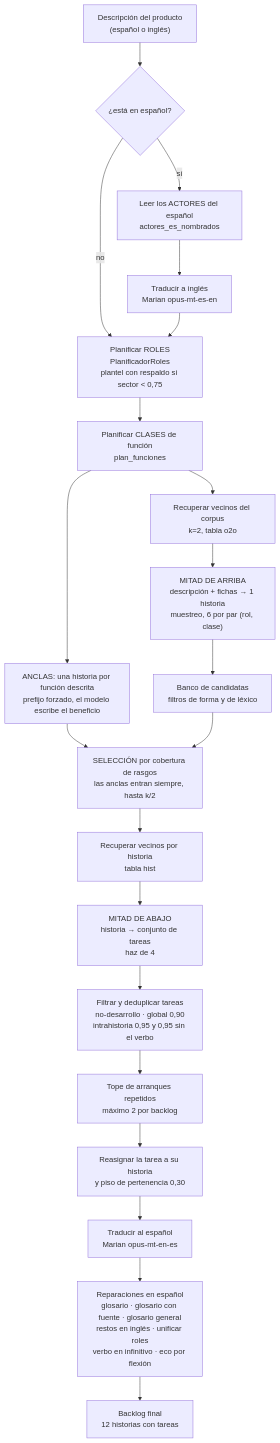
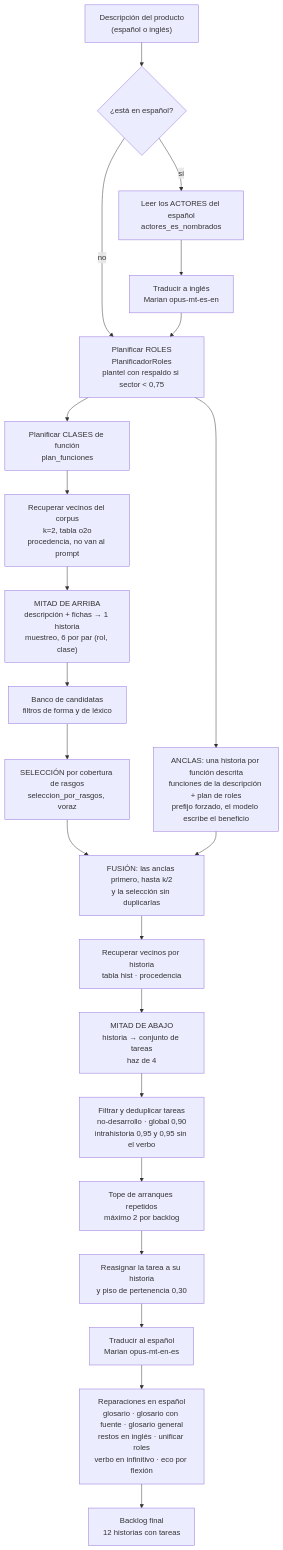
One commit to DTomasVr/Estimacion-progresiva-backlog changed the third of 15 diagrams in estimador/DISENO_PIPELINE.md. Above: the diagram before and after it, drawn with Mermaid. The commit also changed other lines of this file and 10 other files, not shown here.

````diff
--- a/estimador/DISENO_PIPELINE.md
+++ b/estimador/DISENO_PIPELINE.md
@@ -387,23 +390,24 @@
 ```mermaid
 flowchart TD
     A["Descripción del producto<br/>(español o inglés)"] --> B{"¿está en español?"}
     B -->|sí| B1["Leer los ACTORES del español<br/>actores_es_nombrados"]
     B1 --> B2["Traducir a inglés<br/>Marian opus-mt-es-en"]
     B -->|no| C
     B2 --> C["Planificar ROLES<br/>PlanificadorRoles<br/>plantel con respaldo si sector &lt; 0,75"]
     C --> D["Planificar CLASES de función<br/>plan_funciones"]
-    D --> E["Recuperar vecinos del corpus<br/>k=2, tabla o2o"]
+    D --> E["Recuperar vecinos del corpus<br/>k=2, tabla o2o<br/>procedencia, no van al prompt"]
     E --> F["MITAD DE ARRIBA<br/>descripción + fichas → 1 historia<br/>muestreo, 6 por par (rol, clase)"]
     F --> G["Banco de candidatas<br/>filtros de forma y de léxico"]
-    D --> AN["ANCLAS: una historia por función descrita<br/>prefijo forzado, el modelo escribe el beneficio"]
-    AN --> H
-    G --> H["SELECCIÓN por cobertura de rasgos<br/>las anclas entran siempre, hasta k/2"]
-    H --> I["Recuperar vecinos por historia<br/>tabla hist"]
+    C --> AN["ANCLAS: una historia por función descrita<br/>funciones de la descripción + plan de roles<br/>prefijo forzado, el modelo escribe el beneficio"]
+    G --> H["SELECCIÓN por cobertura de rasgos<br/>seleccion_por_rasgos, voraz"]
+    H --> FU["FUSIÓN: las anclas primero, hasta k/2<br/>y la selección sin duplicarlas"]
+    AN --> FU
+    FU --> I["Recuperar vecinos por historia<br/>tabla hist · procedencia"]
     I --> J["MITAD DE ABAJO<br/>historia → conjunto de tareas<br/>haz de 4"]
     J --> K["Filtrar y deduplicar tareas<br/>no-desarrollo · global 0,90<br/>intrahistoria 0,95 y 0,95 sin el verbo"]
     K --> L["Tope de arranques repetidos<br/>máximo 2 por backlog"]
     L --> M["Reasignar la tarea a su historia<br/>y piso de pertenencia 0,30"]
     M --> N["Traducir al español<br/>Marian opus-mt-en-es"]
     N --> O["Reparaciones en español<br/>glosario · glosario con fuente · glosario general<br/>restos en inglés · unificar roles<br/>verbo en infinitivo · eco por flexión"]
     O --> P["Backlog final<br/>12 historias con tareas"]
 ```
````
